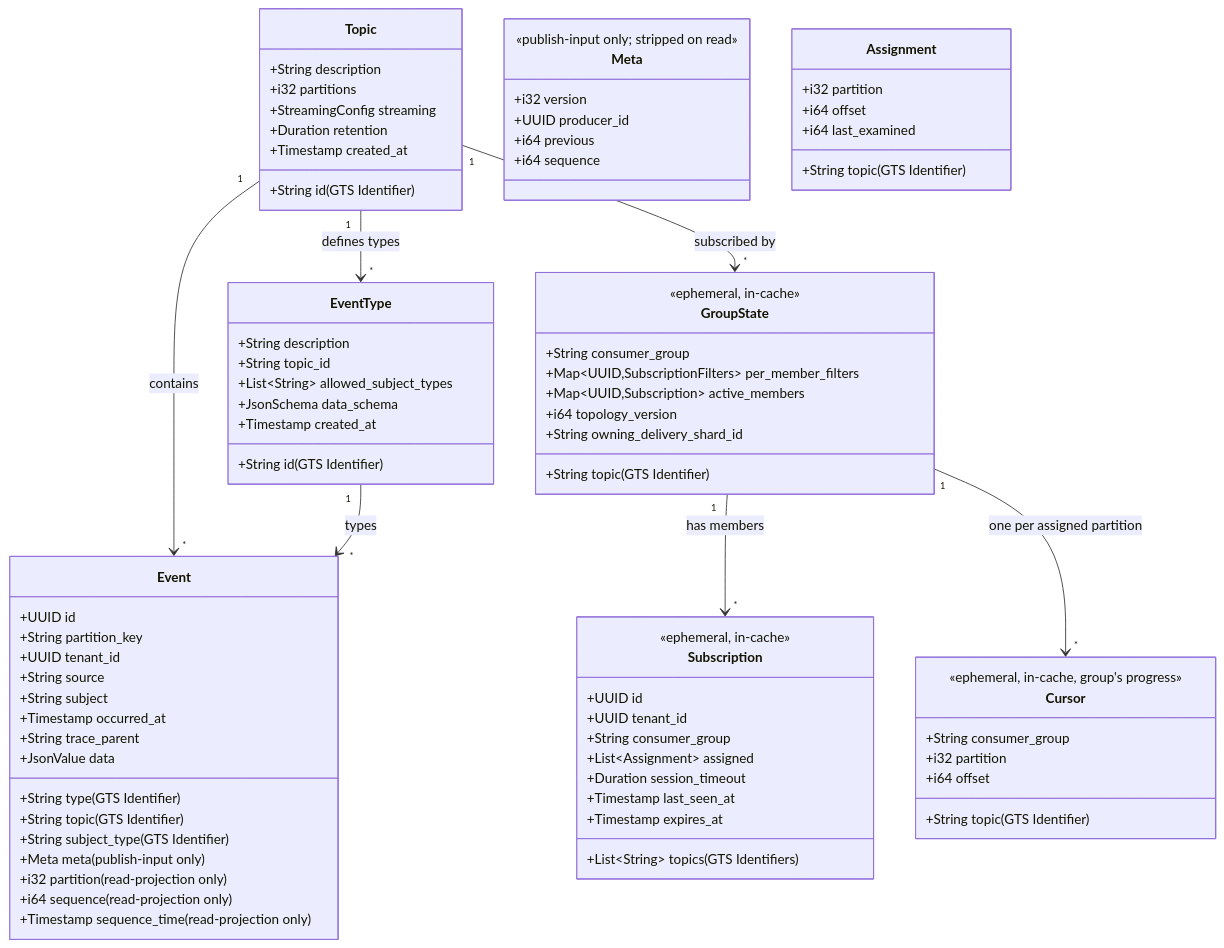
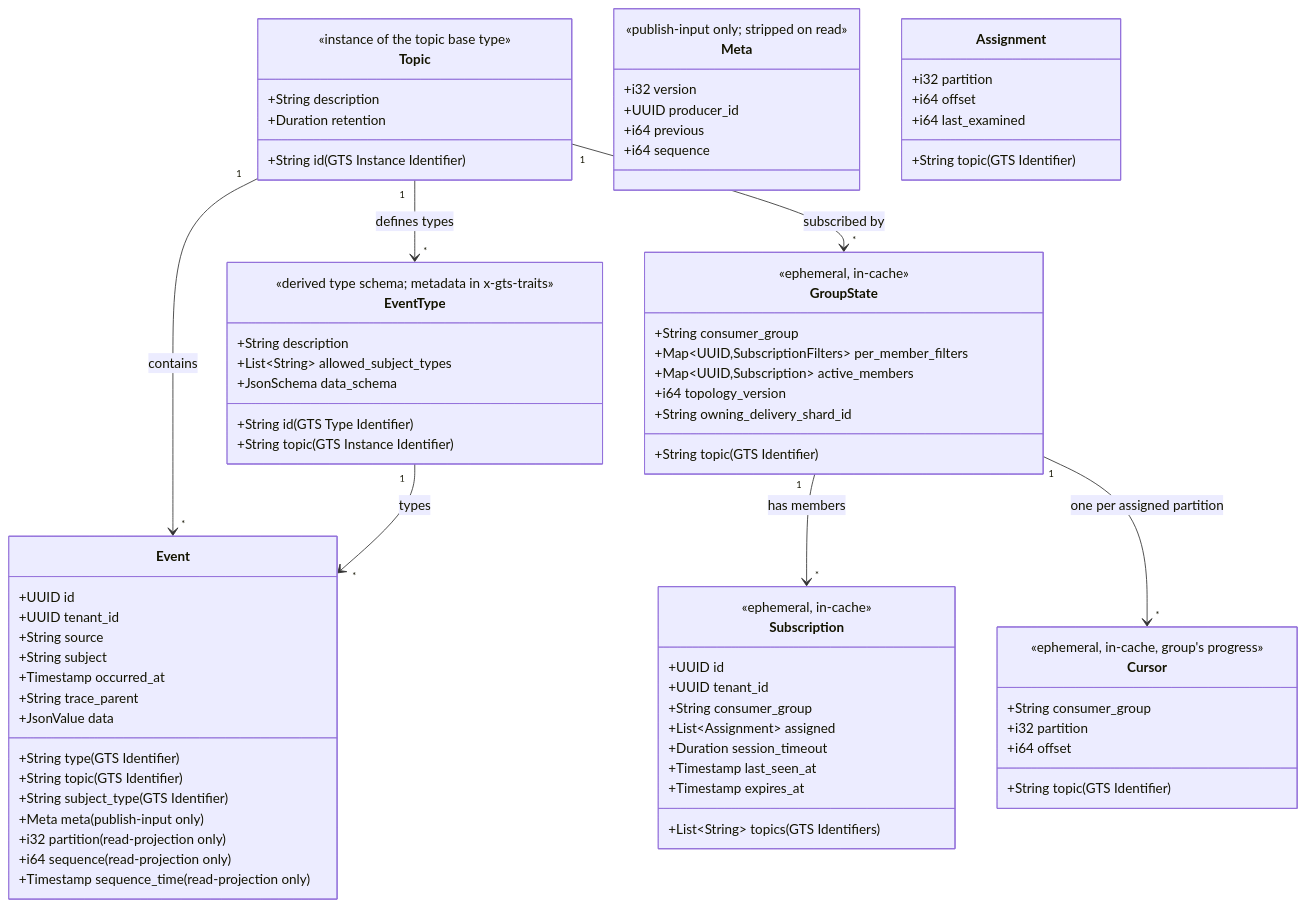
One commit to Andrei-Iliushin-Constructor/gears-rust changed the third of 5 diagrams in gears/system/event-broker/docs/DESIGN.md. Above: the diagram before and after it, drawn with Mermaid. The commit also changed other lines of this file and 130 other files, not shown here.

First line of the commit message:
feat(event-broker)!: model topics and event types as derived GTS types

````diff
--- a/gears/system/event-broker/docs/DESIGN.md
+++ b/gears/system/event-broker/docs/DESIGN.md
@@ -244,26 +244,23 @@
 ```mermaid
 classDiagram
     class Topic {
-        +String id (GTS Identifier)
+        <<instance of the topic base type>>
+        +String id (GTS Instance Identifier)
         +String description
-        +i32 partitions
-        +StreamingConfig streaming
         +Duration retention
-        +Timestamp created_at
     }
     class EventType {
-        +String id (GTS Identifier)
+        <<derived type schema; metadata in x-gts-traits>>
+        +String id (GTS Type Identifier)
         +String description
-        +String topic_id
+        +String topic (GTS Instance Identifier)
         +List~String~ allowed_subject_types
         +JsonSchema data_schema
-        +Timestamp created_at
     }
     class Event {
         +UUID id
         +String type (GTS Identifier)
         +String topic (GTS Identifier)
-        +String partition_key
         +UUID tenant_id
         +String source
         +String subject
````
